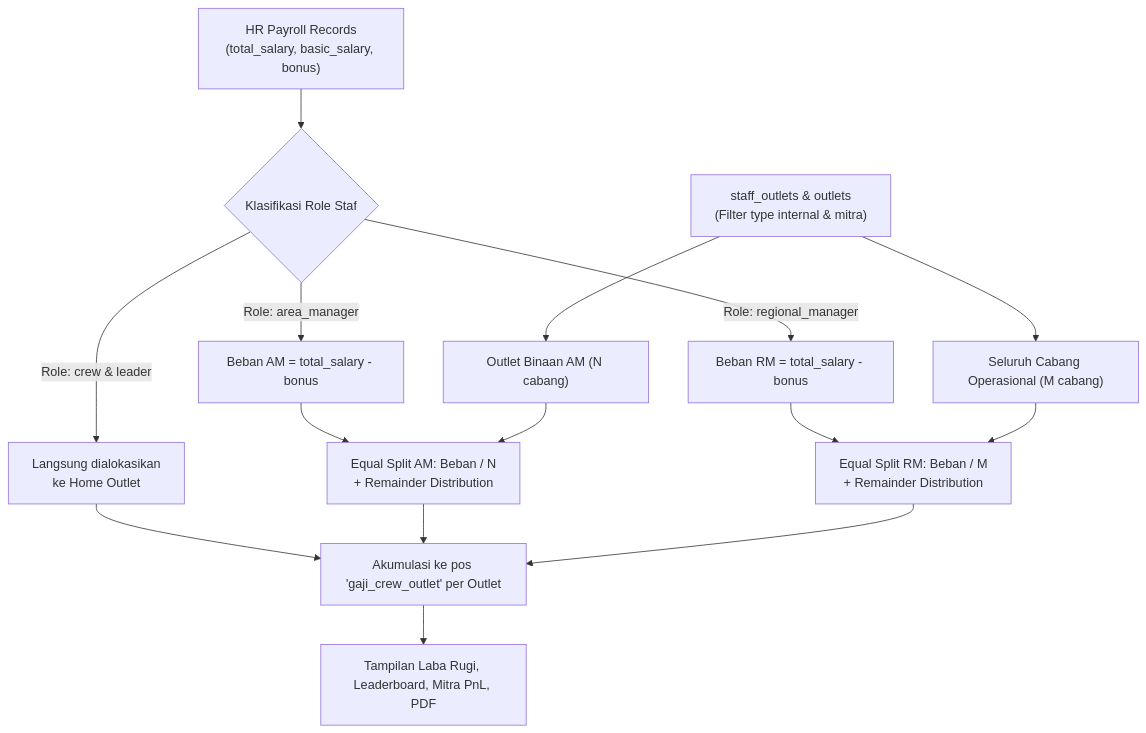
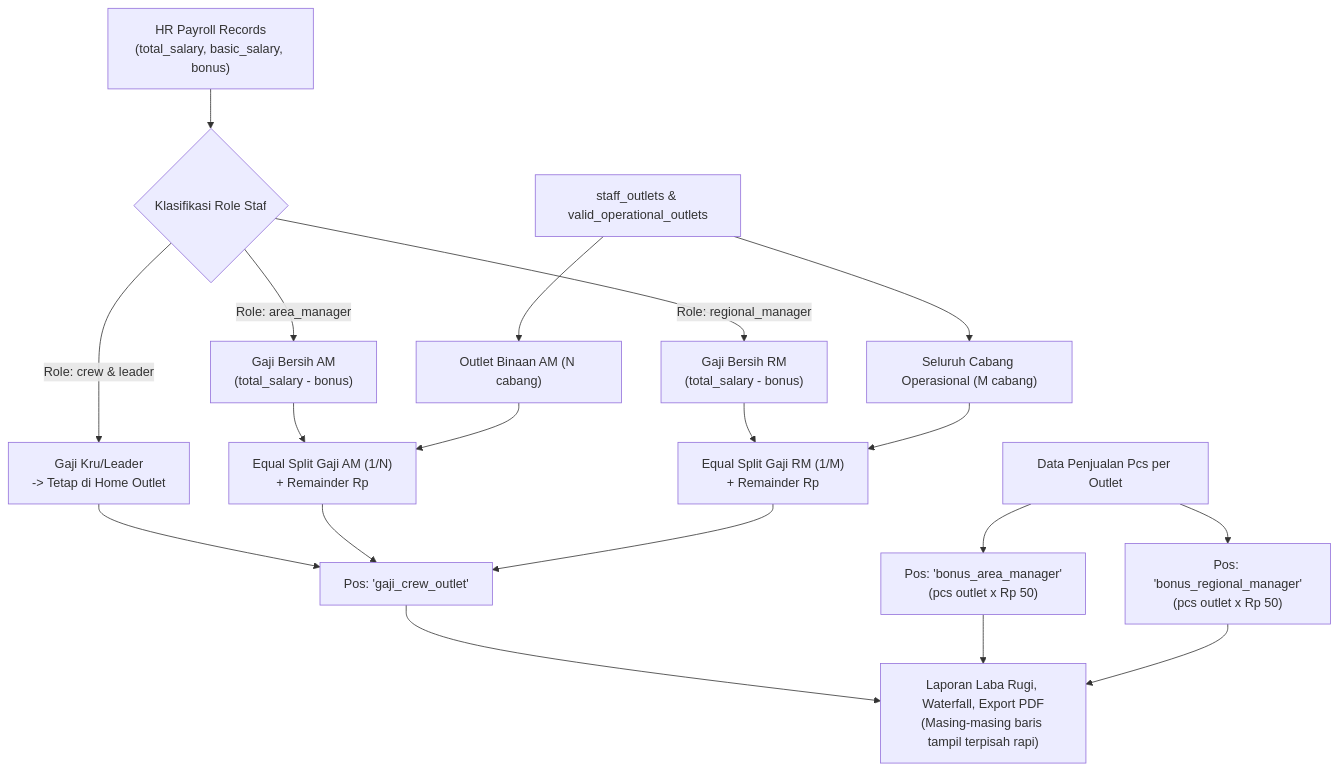
Before and after one commit to dev-sukashawarma/DIGITALISASI-SS-PROJECT: the diagram in docs/superpowers/specs/2026-10-09-am-rm-salary-distribution-design.md, drawn with Mermaid. The commit also changed other lines of this file, not shown here.

Commit message:
docs: tegaskan Model A (bonus per pcs & tampilan terpisah) pada spesifikasi distribusi gaji AM dan RM

````diff
--- a/docs/superpowers/specs/2026-10-09-am-rm-salary-distribution-design.md
+++ b/docs/superpowers/specs/2026-10-09-am-rm-salary-distribution-design.md
@@ -47,17 +57,21 @@
 ```mermaid
 flowchart TD
     HR["HR Payroll Records<br/>(total_salary, basic_salary, bonus)"] --> Classify{"Klasifikasi Role Staf"}
     
-    Classify -->|"Role: crew & leader"| CrewFlow["Langsung dialokasikan<br/>ke Home Outlet"]
-    Classify -->|"Role: area_manager"| AMFlow["Beban AM = total_salary - bonus"]
-    Classify -->|"Role: regional_manager"| RMFlow["Beban RM = total_salary - bonus"]
+    Classify -->|"Role: crew & leader"| CrewGaji["Gaji Kru/Leader<br/>-> Tetap di Home Outlet"]
+    Classify -->|"Role: area_manager"| AMClean["Gaji Bersih AM<br/>(total_salary - bonus)"]
+    Classify -->|"Role: regional_manager"| RMClean["Gaji Bersih RM<br/>(total_salary - bonus)"]
     
-    SO["staff_outlets & outlets<br/>(Filter type internal & mitra)"] --> AMMap["Outlet Binaan AM (N cabang)"]
-    SO --> RMMap["Seluruh Cabang Operasional (M cabang)"]
+    SO["staff_outlets & valid_operational_outlets"] --> AMOutlets["Outlet Binaan AM (N cabang)"]
+    SO --> AllOpsOutlets["Seluruh Cabang Operasional (M cabang)"]
     
-    AMFlow & AMMap --> AMAlloc["Equal Split AM: Beban / N<br/>+ Remainder Distribution"]
-    RMFlow & RMMap --> RMAlloc["Equal Split RM: Beban / M<br/>+ Remainder Distribution"]
+    AMClean & AMOutlets --> AMEqual["Equal Split Gaji AM (1/N)<br/>+ Remainder Rp"]
+    RMClean & AllOpsOutlets --> RMEqual["Equal Split Gaji RM (1/M)<br/>+ Remainder Rp"]
     
-    CrewFlow & AMAlloc & RMAlloc --> Merge["Akumulasi ke pos 'gaji_crew_outlet' per Outlet"]
-    Merge --> PnLView["Tampilan Laba Rugi, Leaderboard, Mitra PnL, PDF"]
+    CrewGaji & AMEqual & RMEqual --> PosGaji["Pos: 'gaji_crew_outlet'"]
+    
+    Sales["Data Penjualan Pcs per Outlet"] --> AMBonus["Pos: 'bonus_area_manager'<br/>(pcs outlet x Rp 50)"]
+    Sales --> RMBonus["Pos: 'bonus_regional_manager'<br/>(pcs outlet x Rp 50)"]
+    
+    PosGaji & AMBonus & RMBonus --> FinalReport["Laporan Laba Rugi, Waterfall, Export PDF<br/>(Masing-masing baris tampil terpisah rapi)"]
 ```
````
